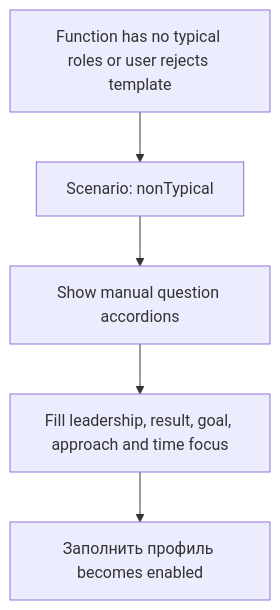
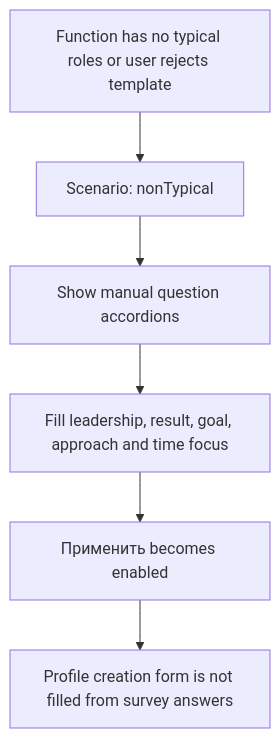
The fifth of 7 diagrams in docs/components/profile-survey/user-flows.md (Anton-Sukhankin/HR-Profiling-Block), drawn with Mermaid before and after one commit. The commit also changed other lines of this file and 12 other files, not shown here.

````diff
--- a/docs/components/profile-survey/user-flows.md
+++ b/docs/components/profile-survey/user-flows.md
@@ -57,7 +60,8 @@
 ```mermaid
 flowchart TD
   A["Function has no typical roles or user rejects template"] --> B["Scenario: nonTypical"]
   B --> C["Show manual question accordions"]
   C --> D["Fill leadership, result, goal, approach and time focus"]
-  D --> E["Заполнить профиль becomes enabled"]
+  D --> E["Применить becomes enabled"]
+  E --> F["Profile creation form is not filled from survey answers"]
 ```
````
